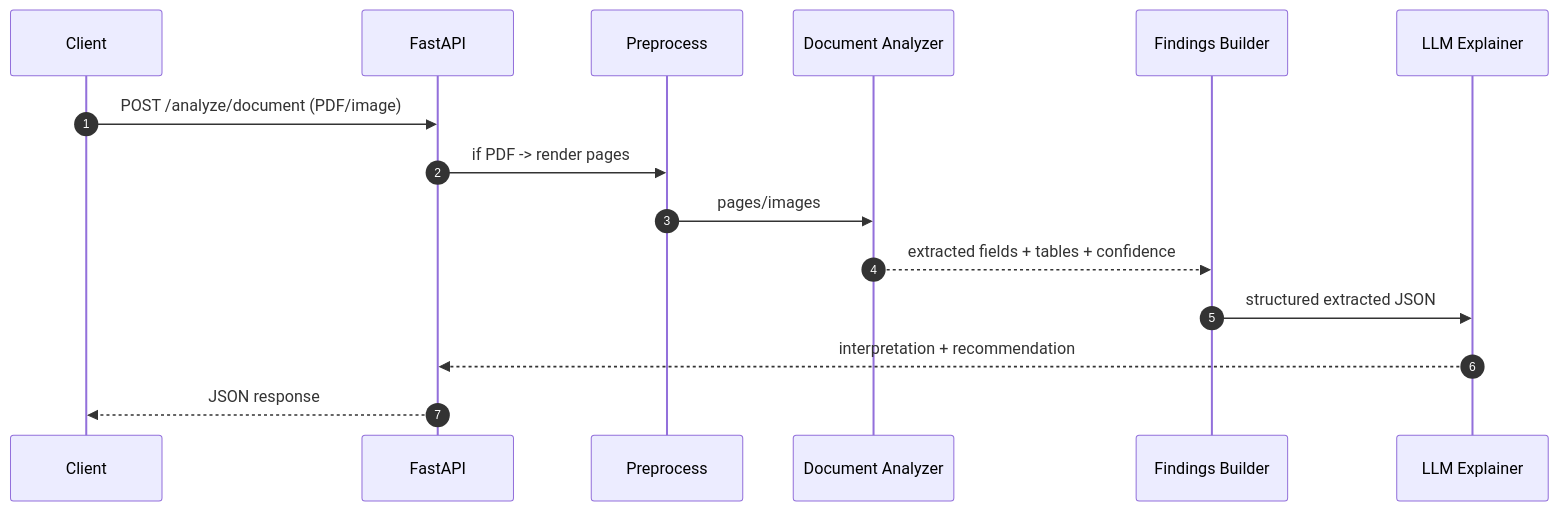
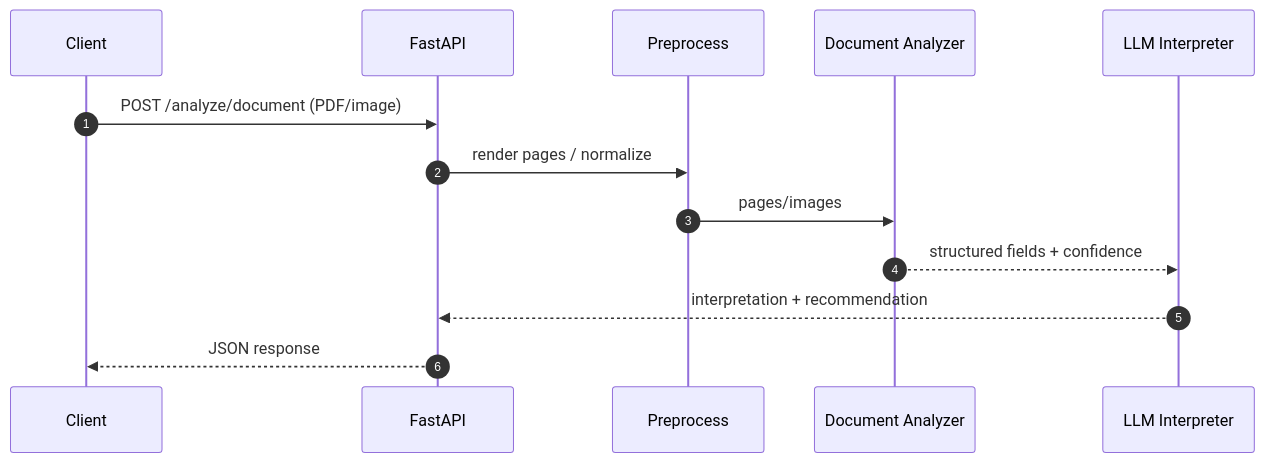
Before and after one commit to msaleh1888/multimodal-visual-inspection-api: the fourth of 4 diagrams in architecture.md, drawn with Mermaid. The commit also changed other lines of this file and 5 other files, not shown here.

Commit message:
Align documentation with VLM-first image analysis architecture (refs #5)

````diff
--- a/architecture.md
+++ b/architecture.md
@@ -101,18 +123,16 @@
 ```mermaid
 sequenceDiagram
     autonumber
     participant Client
     participant API as FastAPI
     participant Pre as Preprocess
     participant Doc as Document Analyzer
-    participant Build as Findings Builder
-    participant LLM as LLM Explainer
+    participant LLM as LLM Interpreter
 
     Client->>API: POST /analyze/document (PDF/image)
-    API->>Pre: if PDF -> render pages
+    API->>Pre: render pages / normalize
     Pre->>Doc: pages/images
-    Doc-->>Build: extracted fields + tables + confidence
-    Build->>LLM: structured extracted JSON
+    Doc-->>LLM: structured fields + confidence
     LLM-->>API: interpretation + recommendation
     API-->>Client: JSON response
 ```
````
